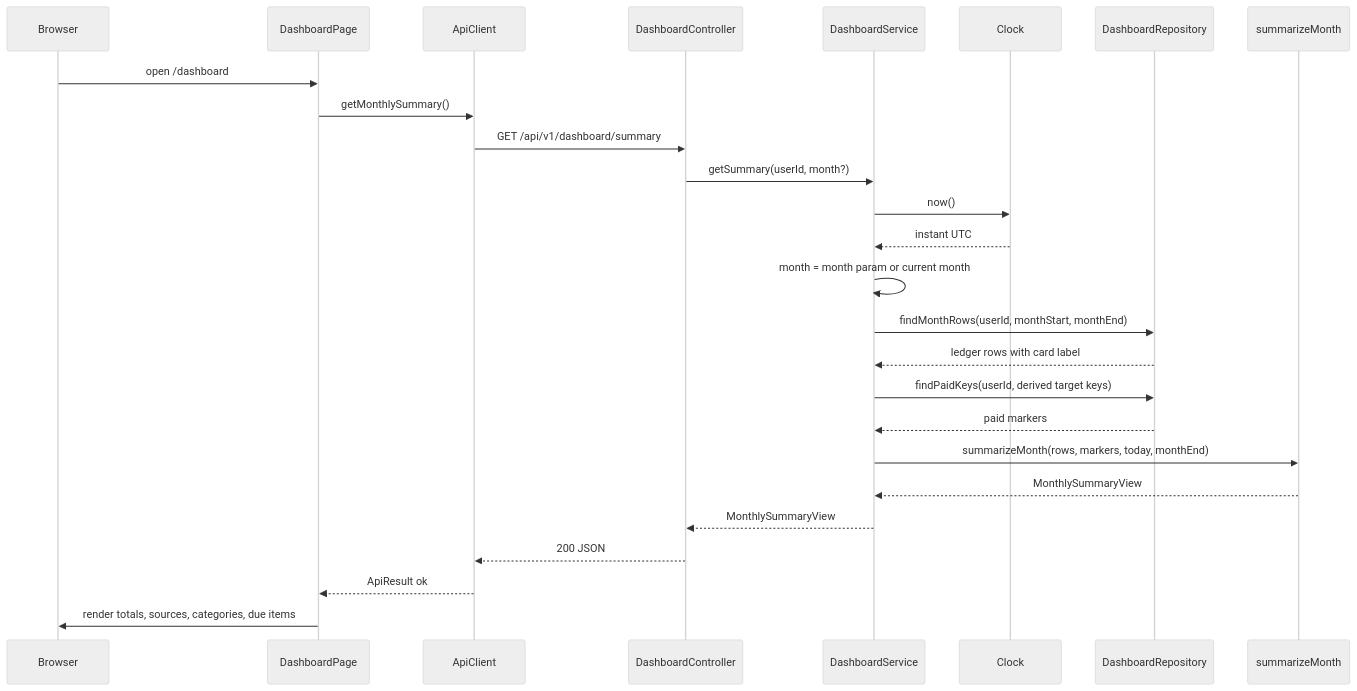
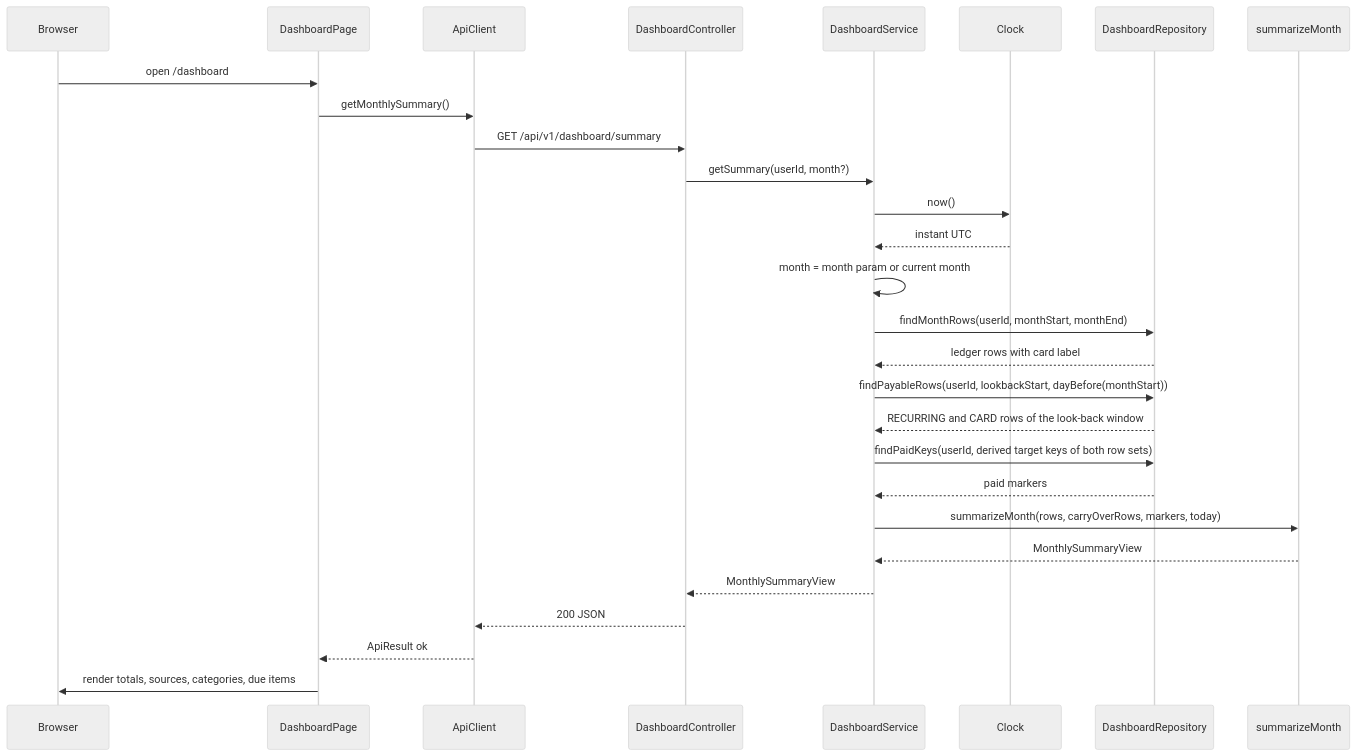
Before and after one commit to FelipeLorenzoni/paypilot: the second of 3 diagrams in .sdd/specs/monthly-dashboard/design.md, drawn with Mermaid (neutral theme). The commit also changed other lines of this file and 9 other files, not shown here.

````diff
--- a/.sdd/specs/monthly-dashboard/design.md
+++ b/.sdd/specs/monthly-dashboard/design.md
@@ -142,29 +146,31 @@
 ```mermaid
 sequenceDiagram
   participant B as Browser
   participant P as DashboardPage
   participant C as ApiClient
   participant Ctl as DashboardController
   participant S as DashboardService
   participant K as Clock
   participant R as DashboardRepository
   participant D as summarizeMonth
 
   B->>P: open /dashboard
   P->>C: getMonthlySummary()
   C->>Ctl: GET /api/v1/dashboard/summary
   Ctl->>S: getSummary(userId, month?)
   S->>K: now()
   K-->>S: instant UTC
   S->>S: month = month param or current month
   S->>R: findMonthRows(userId, monthStart, monthEnd)
   R-->>S: ledger rows with card label
-  S->>R: findPaidKeys(userId, derived target keys)
+  S->>R: findPayableRows(userId, lookbackStart, dayBefore(monthStart))
+  R-->>S: RECURRING and CARD rows of the look-back window
+  S->>R: findPaidKeys(userId, derived target keys of both row sets)
   R-->>S: paid markers
-  S->>D: summarizeMonth(rows, markers, today, monthEnd)
+  S->>D: summarizeMonth(rows, carryOverRows, markers, today)
   D-->>S: MonthlySummaryView
   S-->>Ctl: MonthlySummaryView
   Ctl-->>C: 200 JSON
   C-->>P: ApiResult ok
   P->>B: render totals, sources, categories, due items
 ```
````
